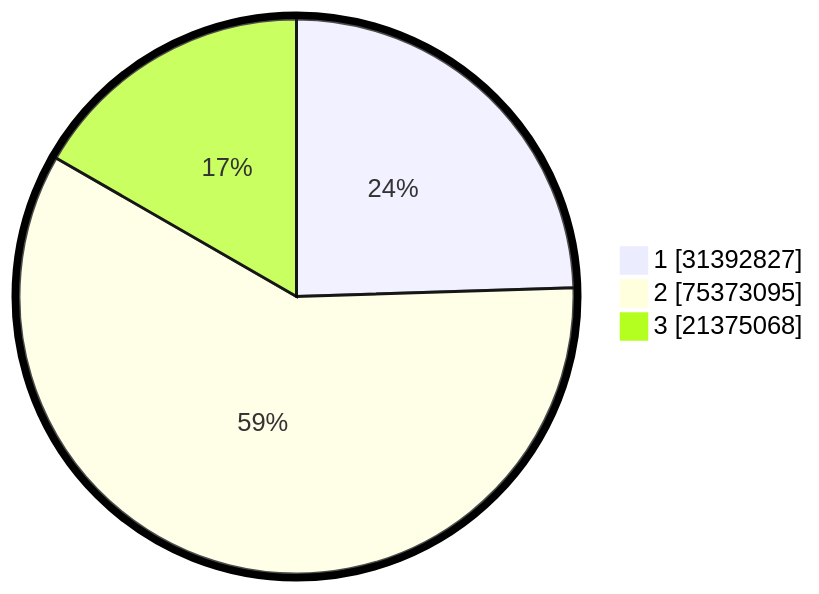
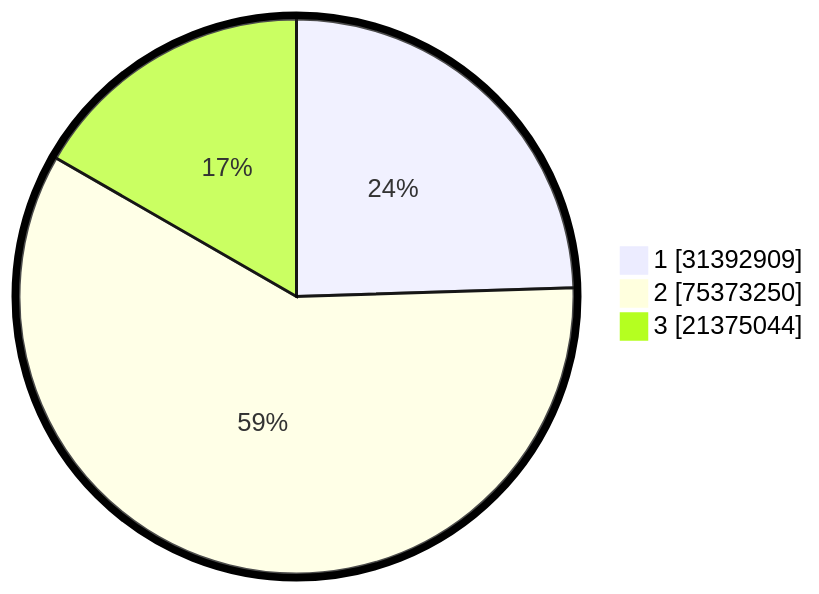
The second of 2 diagrams in pilpres/hitung-suara/README.md (gigit-pemilu/pemilu-2024), drawn with Mermaid before and after one commit. The commit also changed other lines of this file and 6 other files, not shown here.

````diff
--- a/pilpres/hitung-suara/README.md
+++ b/pilpres/hitung-suara/README.md
@@ -93,7 +93,7 @@
 ```mermaid
 %%{init: {"pie": {"textPosition": 0.5}, "themeVariables": {"pieOuterStrokeWidth": "5px"}} }%%
 pie showData
-    "1" : 31392827
-    "2" : 75373095
-    "3" : 21375068
+    "1" : 31392909
+    "2" : 75373250
+    "3" : 21375044
 ```
````
